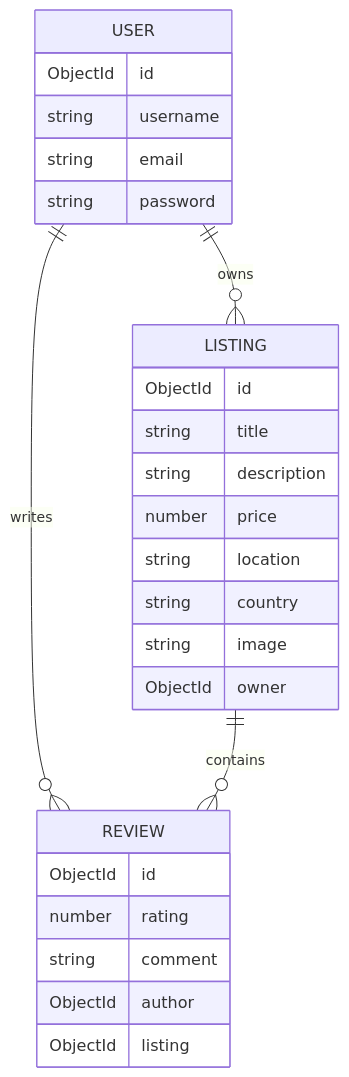
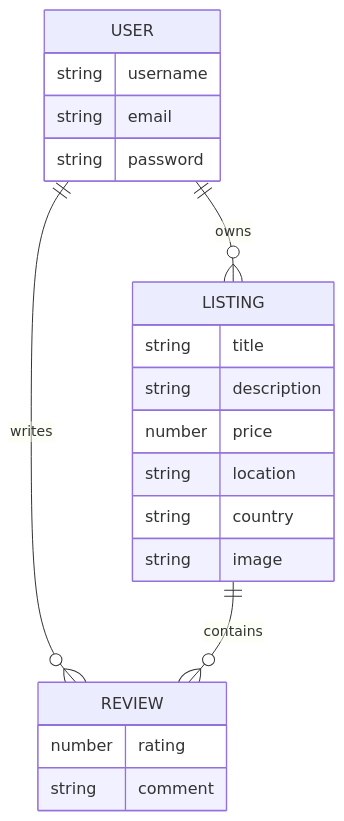
The third of 6 diagrams in README.md (sandeepkumaryadav05/majorproject), drawn with Mermaid before and after one commit. The commit also changed other lines of this file, not shown here.

````diff
--- a/README.md
+++ b/README.md
@@ -97,33 +81,24 @@
-``` mermaid
+```mermaid
 erDiagram
-
 USER ||--o{ LISTING : owns
 USER ||--o{ REVIEW : writes
 LISTING ||--o{ REVIEW : contains
 
 USER {
-ObjectId id
-string username
-string email
-string password
+ string username
+ string email
+ string password
 }
-
 LISTING {
-ObjectId id
-string title
-string description
-number price
-string location
-string country
-string image
-ObjectId owner
+ string title
+ string description
+ number price
+ string location
+ string country
+ string image
 }
-
 REVIEW {
-ObjectId id
-number rating
-string comment
-ObjectId author
-ObjectId listing
+ number rating
+ string comment
 }
 ```
````
